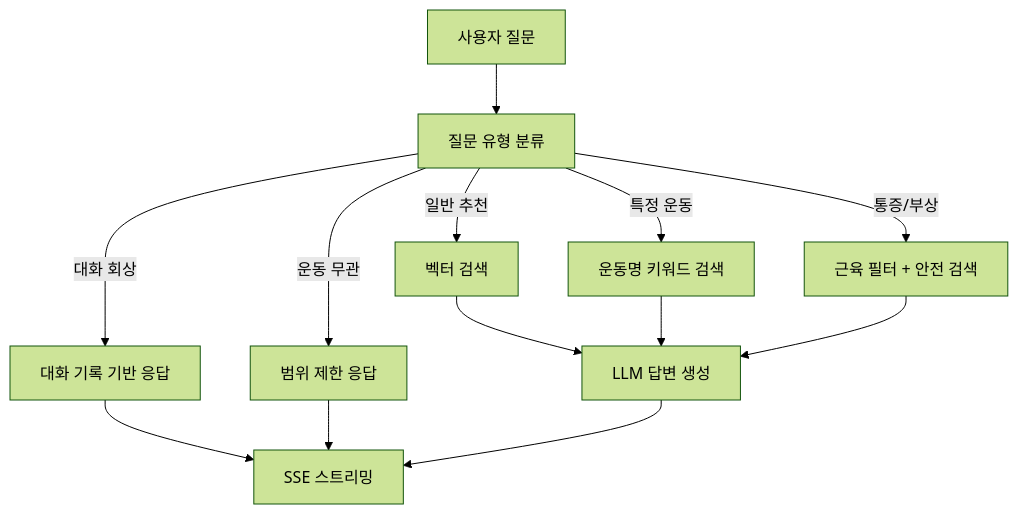
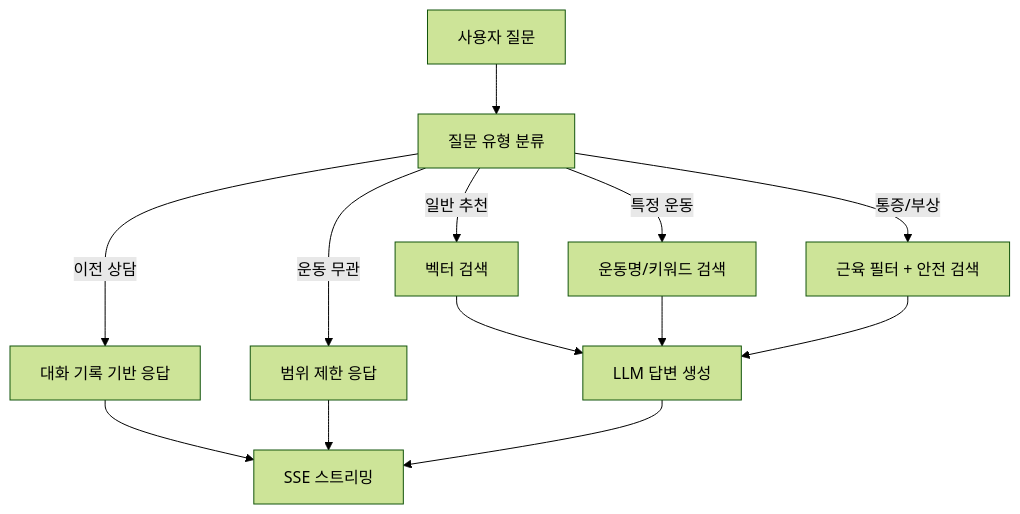
One commit to SKNETWORKS-FAMILY-AICAMP/SKN27-4th-4team changed the third of 3 diagrams in docs/architecture/architecture.md. Above: the diagram before and after it, drawn with Mermaid (forest theme). The commit also changed other lines of this file and 18 other files, not shown here.

````diff
--- a/docs/architecture/architecture.md
+++ b/docs/architecture/architecture.md
@@ -77,15 +77,15 @@
 ```mermaid
 flowchart TD
     Start["사용자 질문"] --> Classify["질문 유형 분류"]
     Classify -->|운동 무관| Out["범위 제한 응답"]
-    Classify -->|대화 회상| Recall["대화 기록 기반 응답"]
+    Classify -->|이전 상담| Recall["대화 기록 기반 응답"]
     Classify -->|일반 추천| General["벡터 검색"]
-    Classify -->|특정 운동| Specific["운동명 키워드 검색"]
+    Classify -->|특정 운동| Specific["운동명/키워드 검색"]
     Classify -->|통증/부상| Injury["근육 필터 + 안전 검색"]
     General --> Generate["LLM 답변 생성"]
     Specific --> Generate
     Injury --> Generate
     Recall --> Stream["SSE 스트리밍"]
     Out --> Stream
     Generate --> Stream
 ```
````
